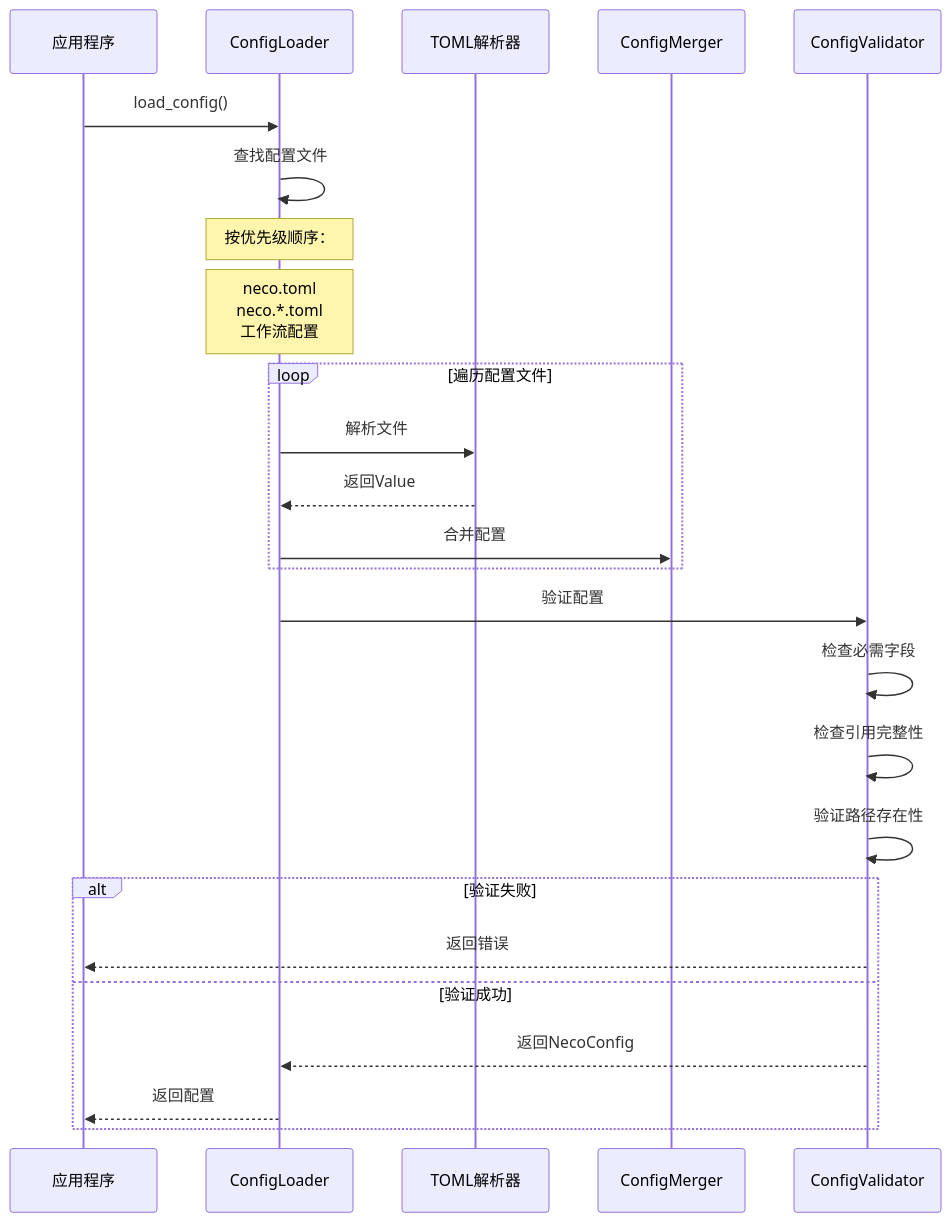
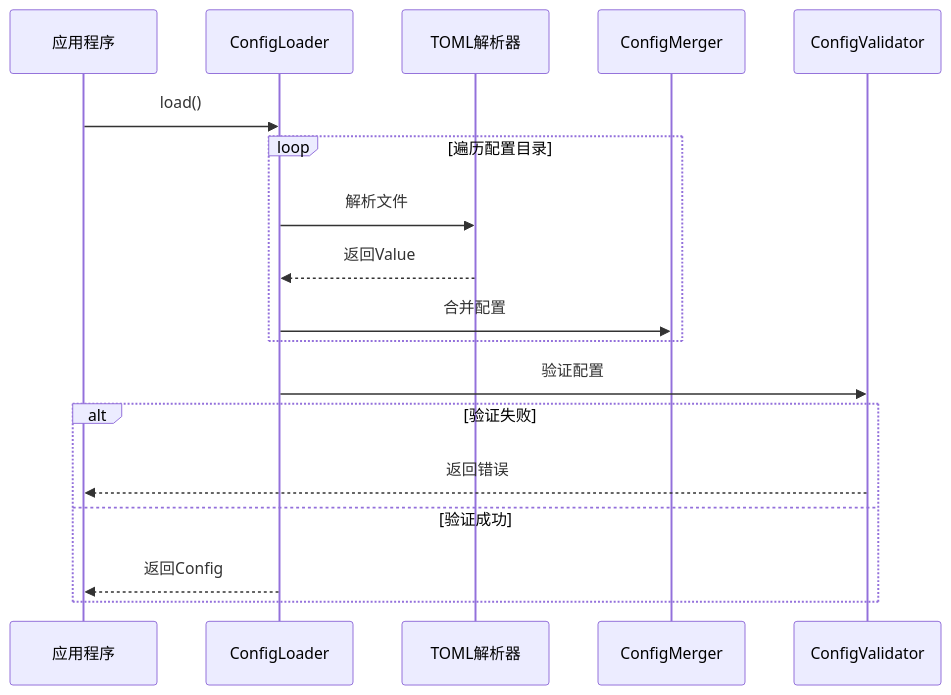
One commit to MiyakoMeow/neco changed the third of 3 diagrams in progress/TECH-CONFIG.md. Above: the diagram before and after it, drawn with Mermaid. The commit also changed other lines of this file and 11 other files, not shown here.

````diff
--- a/progress/TECH-CONFIG.md
+++ b/progress/TECH-CONFIG.md
@@ -450,32 +319,23 @@
 ```mermaid
 sequenceDiagram
     participant App as 应用程序
     participant Loader as ConfigLoader
     participant Parser as TOML解析器
     participant Merger as ConfigMerger
     participant Validator as ConfigValidator
 
-    App->>Loader: load_config()
+    App->>Loader: load()
     
-    Loader->>Loader: 查找配置文件
-    Note over Loader: 按优先级顺序：
-    Note over Loader: neco.toml <br/> neco.*.toml <br/> 工作流配置
-    
-    loop 遍历配置文件
+    loop 遍历配置目录
         Loader->>Parser: 解析文件
         Parser-->>Loader: 返回Value
         Loader->>Merger: 合并配置
     end
     
     Loader->>Validator: 验证配置
-    Validator->>Validator: 检查必需字段
-    Validator->>Validator: 检查引用完整性
-    Validator->>Validator: 验证路径存在性
-    
     alt 验证失败
         Validator-->>App: 返回错误
     else 验证成功
-        Validator-->>Loader: 返回NecoConfig
-        Loader-->>App: 返回配置
+        Loader-->>App: 返回Config
     end
 ```
````
